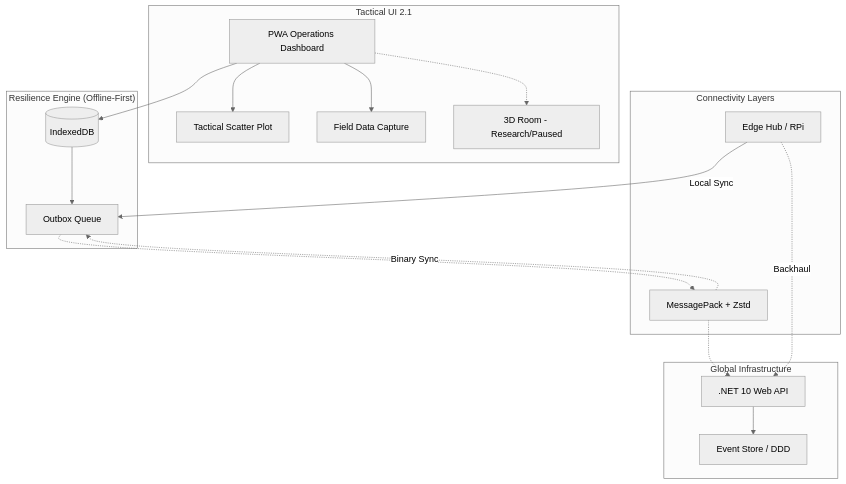
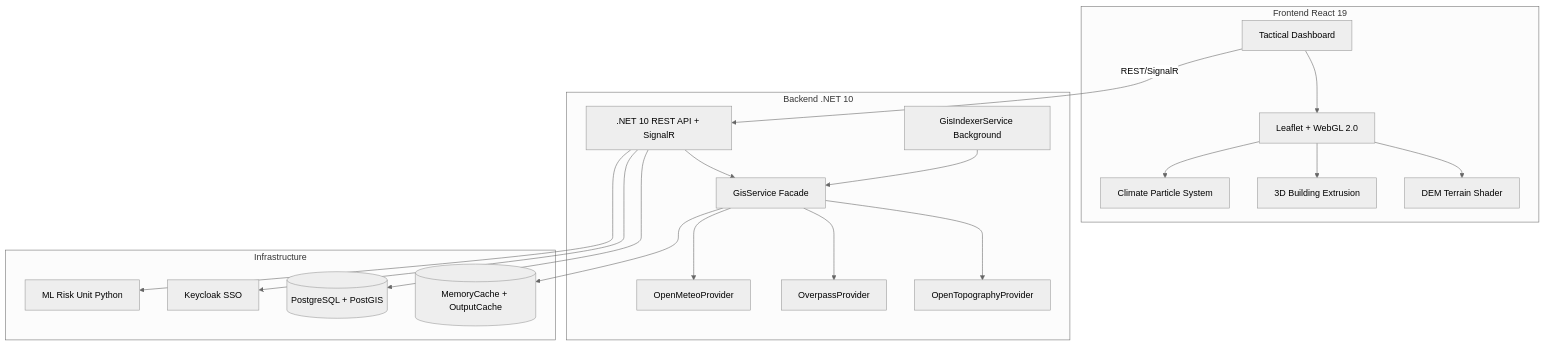
The diagram in README.md (nhmatsumoto/mg_location), drawn with Mermaid (neutral theme) before and after one commit. The commit also changed other lines of this file and 113 other files, not shown here.

Commit message:
feat: Implement new GIS services, GeoCentral API integration, WebGL map layers, and extensive UI components for enhanced simulation and tactical operations.

````diff
--- a/README.md
+++ b/README.md
@@ -69,28 +52,33 @@
 ```mermaid
 graph TD
-    subgraph "Tactical UI 2.1"
-        UI[PWA Operations Dashboard] --> SPT[Tactical Scatter Plot]
-        UI --> MCP[Field Data Capture]
-        UI -.-> RD[3D Room - Research/Paused]
+    subgraph "Frontend React 19"
+        UI[Tactical Dashboard] --> Map[Leaflet + WebGL 2.0]
+        Map --> Terrain[DEM Terrain Shader]
+        Map --> Buildings[3D Building Extrusion]
+        Map --> Climate[Climate Particle System]
     end
 
-    subgraph "Resilience Engine (Offline-First)"
-        UI --> DB[(IndexedDB)]
-        DB --> OB[Outbox Queue]
+    subgraph "Backend .NET 10"
+        API[.NET 10 REST API + SignalR]
+        GIS[GisService Facade]
+        Indexer[GisIndexerService Background]
+        API --> GIS
+        Indexer --> GIS
+        GIS --> OTP[OpenTopographyProvider]
+        GIS --> OVP[OverpassProvider]
+        GIS --> OMP[OpenMeteoProvider]
     end
 
-    subgraph "Connectivity Layers"
-        EH[Edge Hub / RPi] -->|Local Sync| OB
-        MP[MessagePack + Zstd] -.->|Binary Sync| OB
+    subgraph "Infrastructure"
+        DB[(PostgreSQL + PostGIS)]
+        KC[Keycloak SSO]
+        ML[ML Risk Unit Python]
+        Cache[(MemoryCache + OutputCache)]
     end
 
-    subgraph "Global Infrastructure"
-        API[.NET 10 Web API]
-        EV[Event Store / DDD]
-        API --> EV
-    end
-
-    OB -.-> MP
-    MP -.-> API
-    EH -.->|Backhaul| API
+    UI -->|REST/SignalR| API
+    API --> DB
+    API --> KC
+    API --> ML
+    GIS --> Cache
 ```
````
